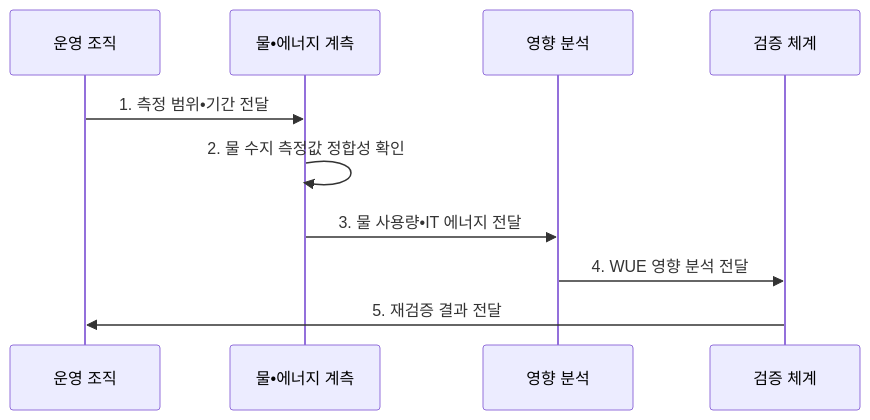
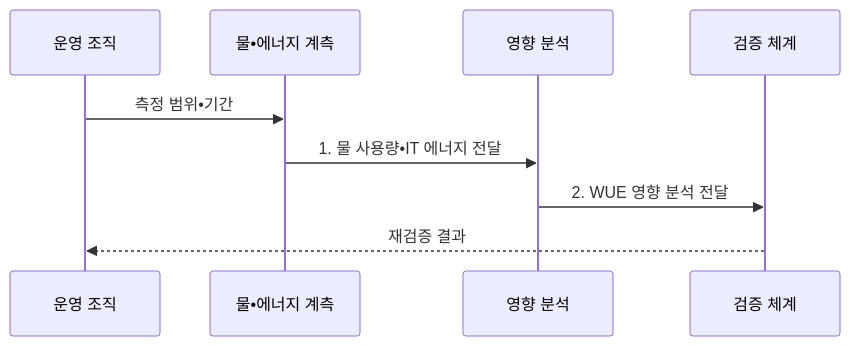
The second of 2 diagrams in src/content/docs/notes/08-latest-tech/199_water_usage_effectiveness.md (agnusdei1207/knowledge-base), drawn with Mermaid before and after one commit. The commit also changed other lines of this file and 20 other files, not shown here.

````diff
--- a/src/content/docs/notes/08-latest-tech/199_water_usage_effectiveness.md
+++ b/src/content/docs/notes/08-latest-tech/199_water_usage_effectiveness.md
@@ -104,12 +108,11 @@
 ```mermaid
 sequenceDiagram
   participant O as 운영 조직
     participant W as 물•에너지 계측
   participant A as 영향 분석
   participant V as 검증 체계
-  O->>W: 1. 측정 범위•기간 전달
-    W->>W: 2. 물 수지 측정값 정합성 확인
-    W->>A: 3. 물 사용량•IT 에너지 전달
-  A->>V: 4. WUE 영향 분석 전달
-  V->>O: 5. 재검증 결과 전달
+  O->>W: 측정 범위•기간
+  W->>A: 1. 물 사용량•IT 에너지 전달
+  A->>V: 2. WUE 영향 분석 전달
+  V-->>O: 재검증 결과
 ```
````
